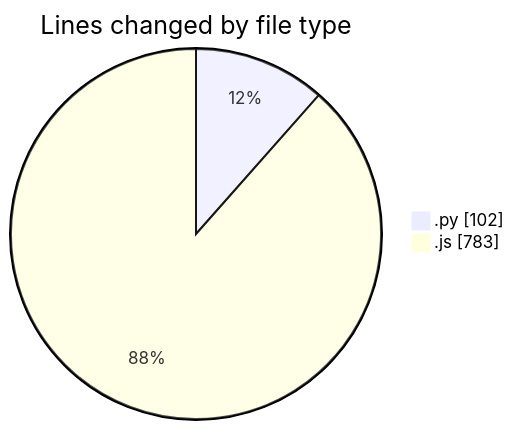
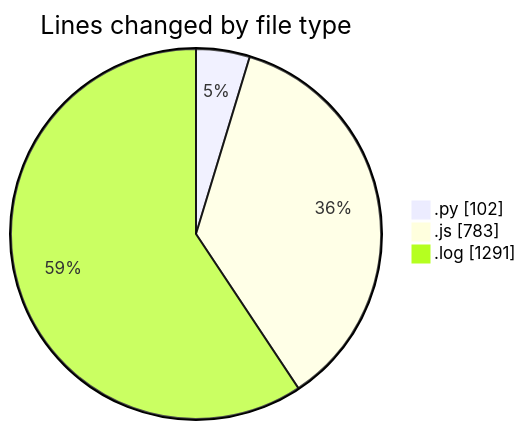
The first of 2 diagrams in 2025-04-12/nxtqube_webapp/README.md (nxtqubesakshisongat/code-tracking), drawn with Mermaid before and after one commit. The commit also changed other lines of this file and 1 other file, not shown here.

````diff
--- a/2025-04-12/nxtqube_webapp/README.md
+++ b/2025-04-12/nxtqube_webapp/README.md
@@ -22,6 +23,7 @@
 ```mermaid
 pie showData
 title Lines changed by file type
 ".py" : 102
 ".js" : 783
+".log" : 1291
 ```
````
